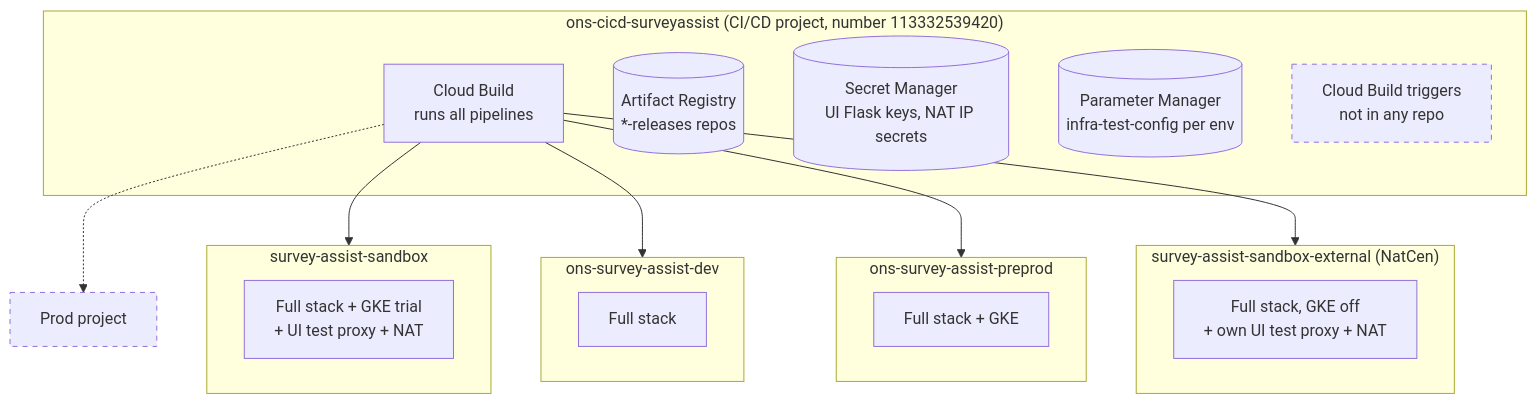
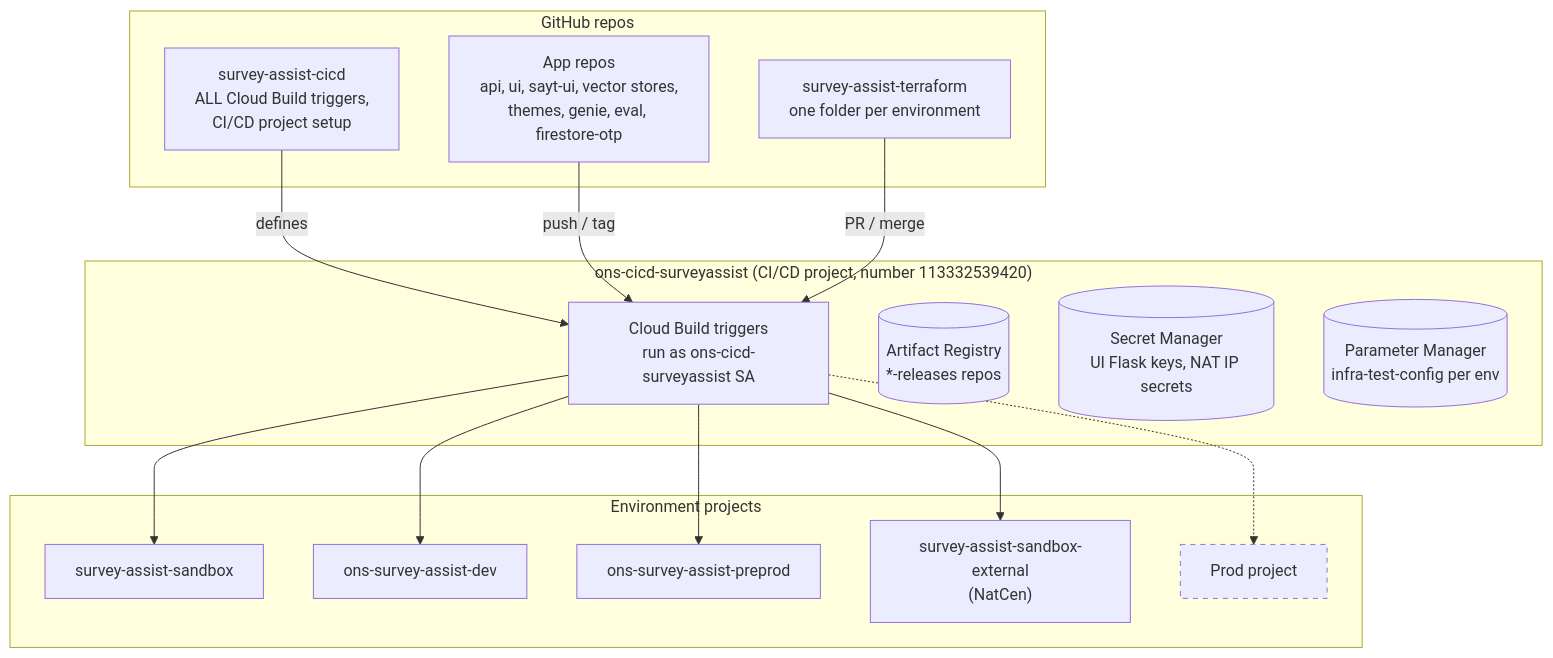
One commit to joebadmus/gpt-clone changed the first of 7 diagrams in my-notes/survey-assist-diagrams.md. Above: the diagram before and after it, drawn with Mermaid. The commit also changed other lines of this file, not shown here.

````diff
--- a/my-notes/survey-assist-diagrams.md
+++ b/my-notes/survey-assist-diagrams.md
@@ -15,33 +15,32 @@
 ```mermaid
 flowchart TB
-    classDef todo fill:#fde2e2,stroke:#c0392b,color:#000
     classDef unknown stroke-dasharray: 5 5
 
+    subgraph REPOS["GitHub repos"]
+        APPS["App repos<br/>api, ui, sayt-ui, vector stores,<br/>themes, genie, eval, firestore-otp"]
+        TFR["survey-assist-terraform<br/>one folder per environment"]
+        CIR["survey-assist-cicd<br/>ALL Cloud Build triggers,<br/>CI/CD project setup"]
+    end
+
     subgraph CICD["ons-cicd-surveyassist (CI/CD project, number 113332539420)"]
-        CB["Cloud Build<br/>runs all pipelines"]
+        CB["Cloud Build triggers<br/>run as ons-cicd-surveyassist SA"]
         REL[("Artifact Registry<br/>*-releases repos")]
         SEC[("Secret Manager<br/>UI Flask keys, NAT IP secrets")]
         PM[("Parameter Manager<br/>infra-test-config per env")]
-        TRG["Cloud Build triggers<br/>not in any repo"]:::unknown
     end
 
-    subgraph SBX["survey-assist-sandbox"]
-        S["Full stack + GKE trial<br/>+ UI test proxy + NAT"]
+    CIR -->|defines| CB
+    APPS -->|push / tag| CB
+    TFR -->|PR / merge| CB
+
+    subgraph ENVS["Environment projects"]
+        SBX["survey-assist-sandbox"]
+        DEV["ons-survey-assist-dev"]
+        PPR["ons-survey-assist-preprod"]
+        NAT["survey-assist-sandbox-external<br/>(NatCen)"]
+        PRD["Prod project"]:::unknown
     end
-    subgraph DEV["ons-survey-assist-dev"]
-        D["Full stack"]
-    end
-    subgraph PPR["ons-survey-assist-preprod"]
-        P["Full stack + GKE"]
-    end
-    subgraph NAT["survey-assist-sandbox-external (NatCen)"]
-        N["Full stack, GKE off<br/>+ own UI test proxy + NAT"]
-    end
-    PRD["Prod project"]:::unknown
 
-    CB --> SBX
-    CB --> DEV
-    CB --> PPR
-    CB --> NAT
+    CB --> SBX & DEV & PPR & NAT
     CB -.-> PRD
 ```
````
